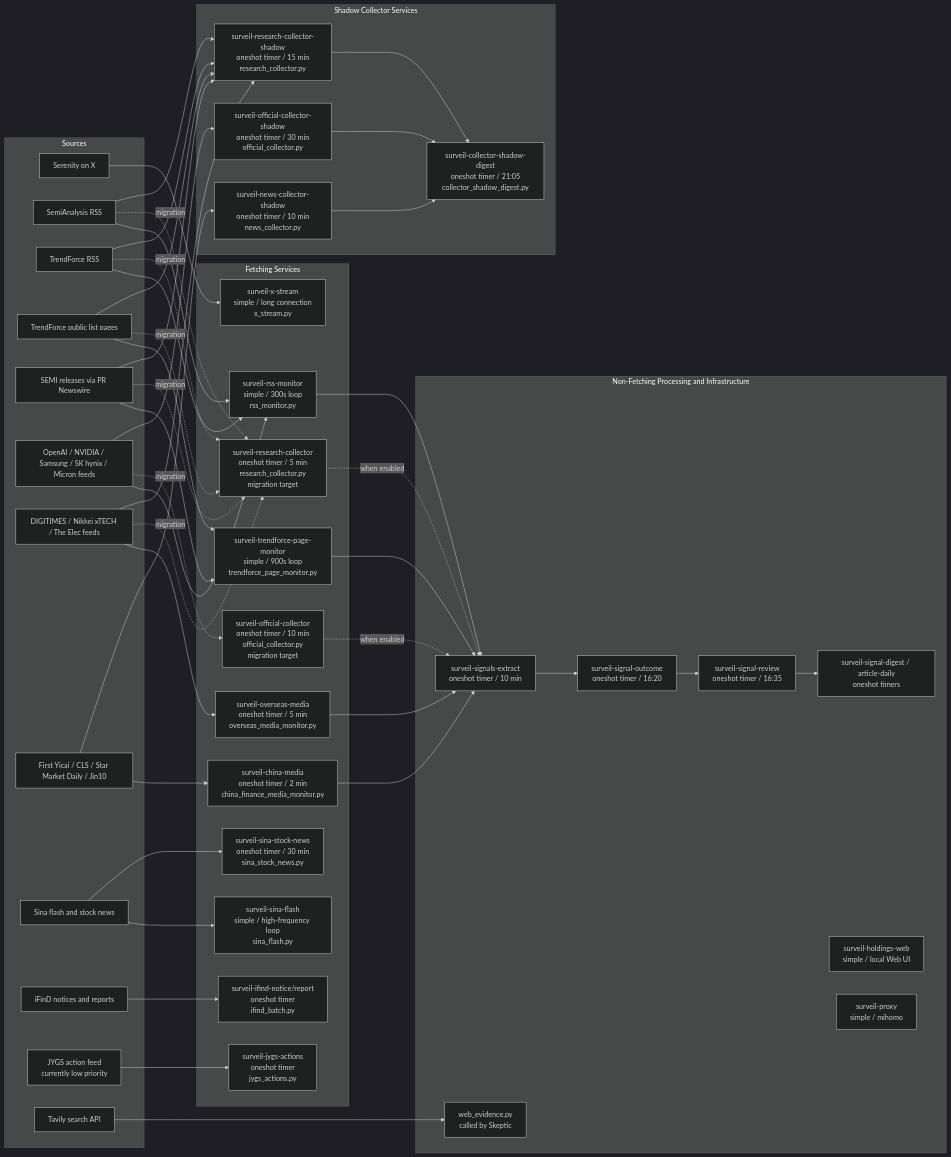
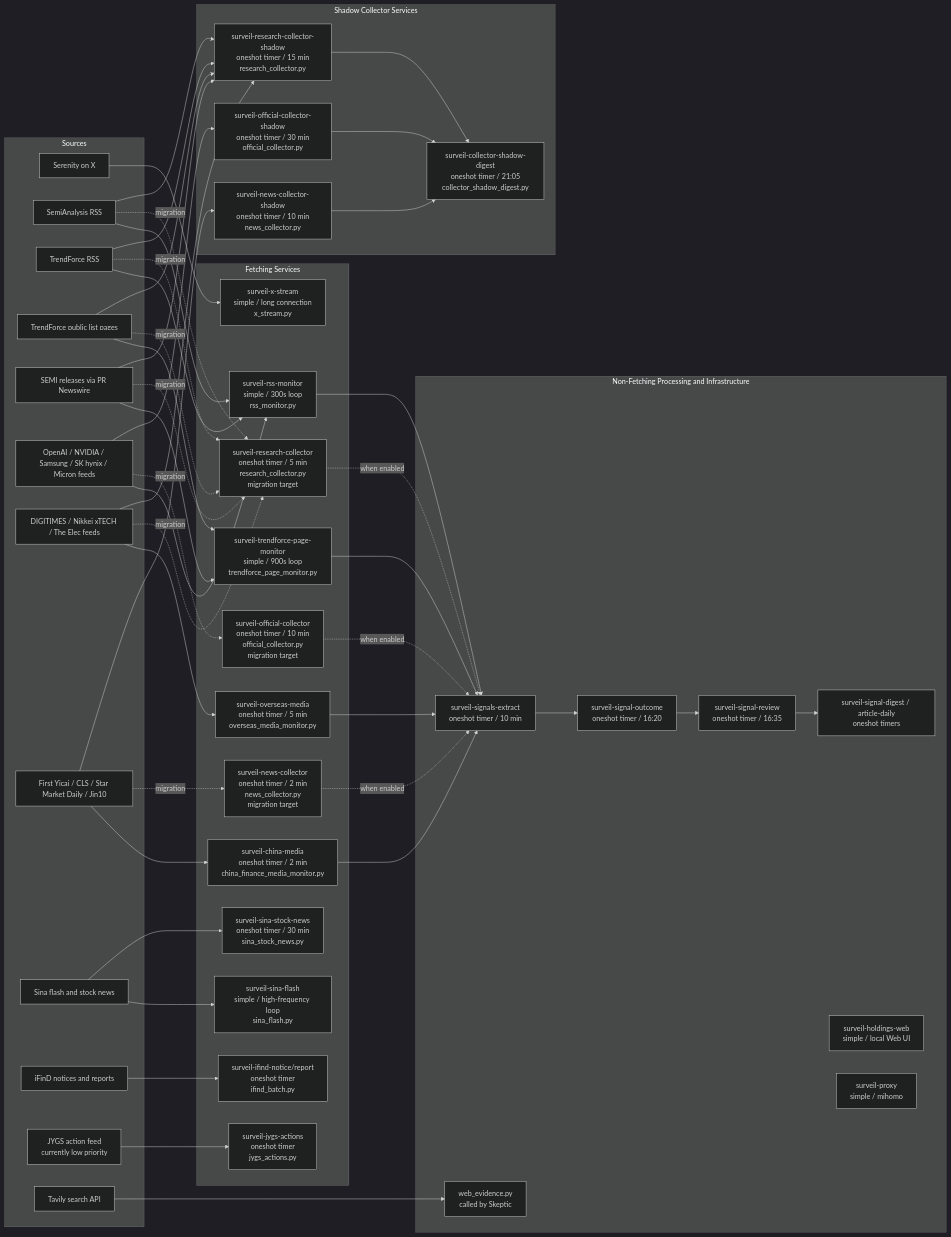
One commit to Stayfoool/MarketPulseWire changed the second of 5 diagrams in docs/architecture-flow.md. Above: the diagram before and after it, drawn with Mermaid (dark theme). The commit also changed other lines of this file and 9 other files, not shown here.

Commit message:
Add production news collector unit

```diff
--- a/docs/architecture-flow.md
+++ b/docs/architecture-flow.md
@@ -138,6 +138,7 @@
         JYGSSvc["surveil-jygs-actions<br/>oneshot timer<br/>jygs_actions.py"]
         ResearchProd["surveil-research-collector<br/>oneshot timer / 5 min<br/>research_collector.py<br/>migration target"]
         OfficialProd["surveil-official-collector<br/>oneshot timer / 10 min<br/>official_collector.py<br/>migration target"]
+        NewsProd["surveil-news-collector<br/>oneshot timer / 2 min<br/>news_collector.py<br/>migration target"]
     end
 
     subgraph ShadowServices["Shadow Collector Services"]
@@ -177,6 +178,7 @@
     OverseasFeeds -. migration .-> ResearchProd
     OverseasFeeds --> ResearchShadow
     Domestic --> ChinaSvc
+    Domestic -. migration .-> NewsProd
     Domestic --> NewsShadow
     Sina --> SinaFlashSvc
     Sina --> SinaStockSvc
@@ -189,6 +191,7 @@
     ResearchProd -. when enabled .-> SignalExtractSvc
     OfficialProd -. when enabled .-> SignalExtractSvc
     ChinaSvc --> SignalExtractSvc
+    NewsProd -. when enabled .-> SignalExtractSvc
     ResearchShadow --> ShadowDigest
     OfficialShadow --> ShadowDigest
     NewsShadow --> ShadowDigest
```
